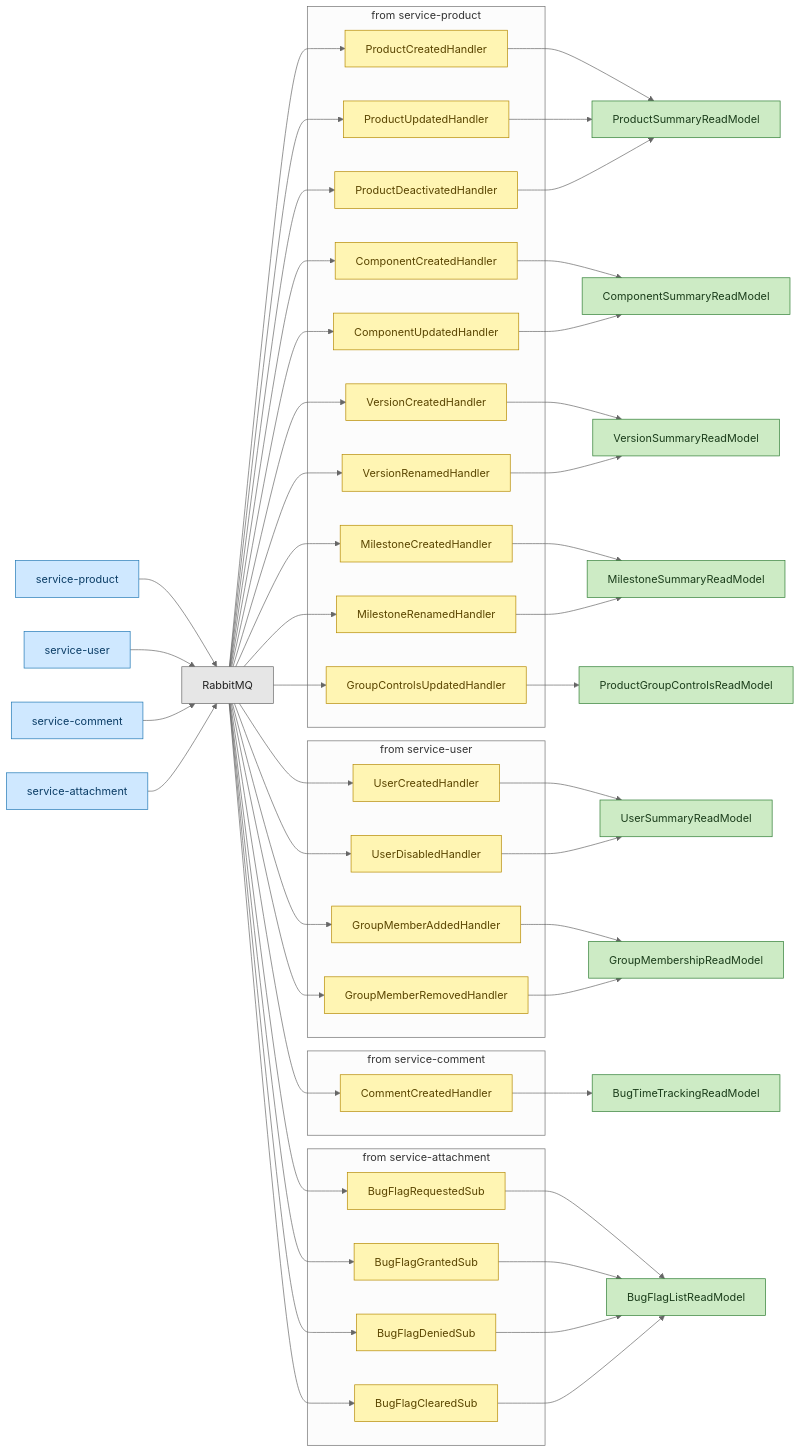
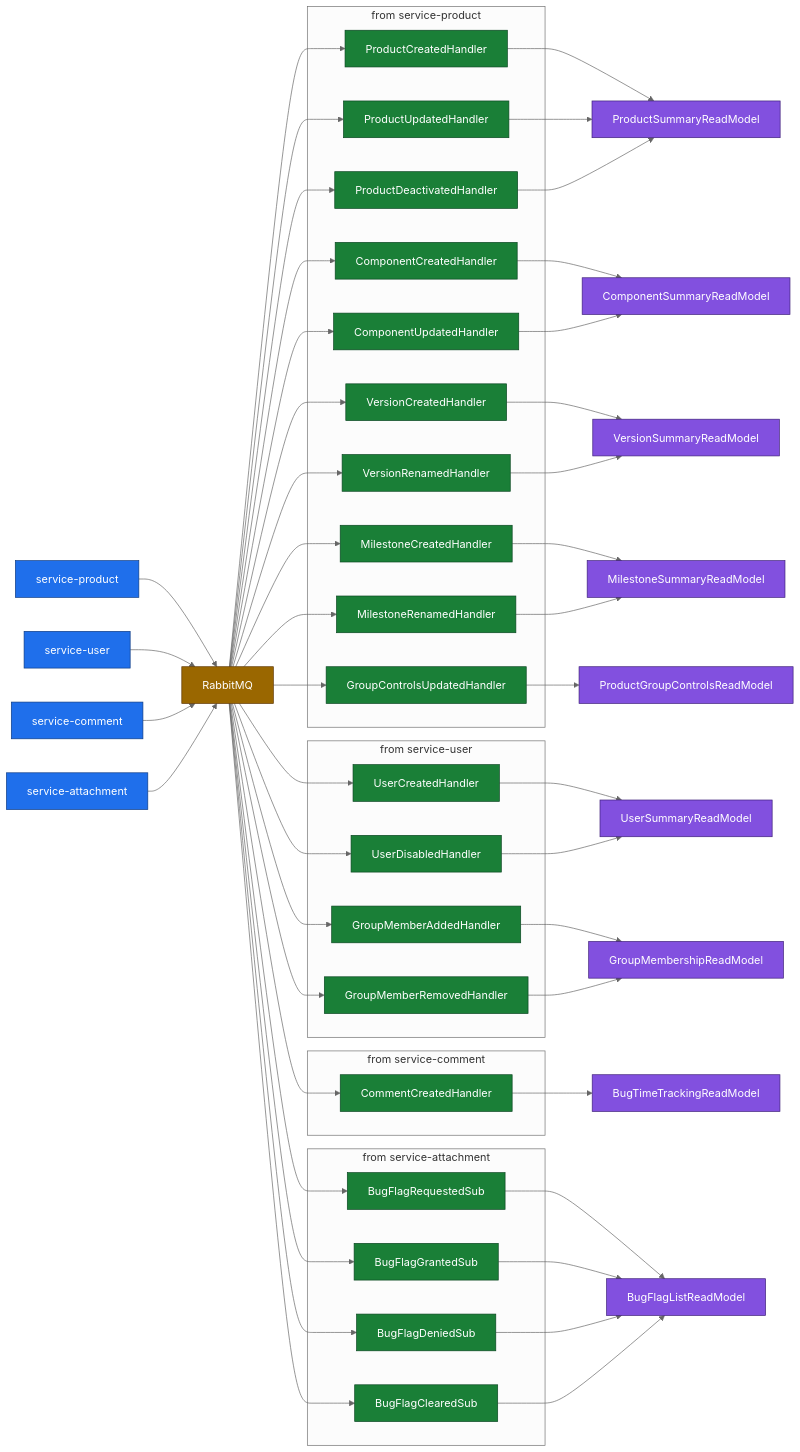
One commit to josh289/discovery-docs-example changed the second of 2 diagrams in c4/component-bug.md. Above: the diagram before and after it, drawn with Mermaid (neutral theme). The commit also changed 5 other files, not shown here.

First line of the commit message:
events+styling: convert ASCII flows to Mermaid + dark-mode palette

````diff
--- a/c4/component-bug.md
+++ b/c4/component-bug.md
@@ -335,9 +335,9 @@
 ```mermaid
 flowchart LR
-    classDef producer fill:#cfe8ff,stroke:#1f77b4,color:#0b3d66
-    classDef bus fill:#e6e6e6,stroke:#666,color:#222
-    classDef handler fill:#fff5b3,stroke:#b58900,color:#5a4500
-    classDef readmodel fill:#cdebc5,stroke:#2e7d32,color:#1b3d1b
+    classDef producer fill:#1f6feb,stroke:#0d3a82,color:#ffffff
+    classDef bus fill:#9a6700,stroke:#5e3500,color:#ffffff
+    classDef handler fill:#1a7f37,stroke:#0a4621,color:#ffffff
+    classDef readmodel fill:#8250df,stroke:#3e1f79,color:#ffffff
 
     sp["service-product"]:::producer
     su["service-user"]:::producer
````
